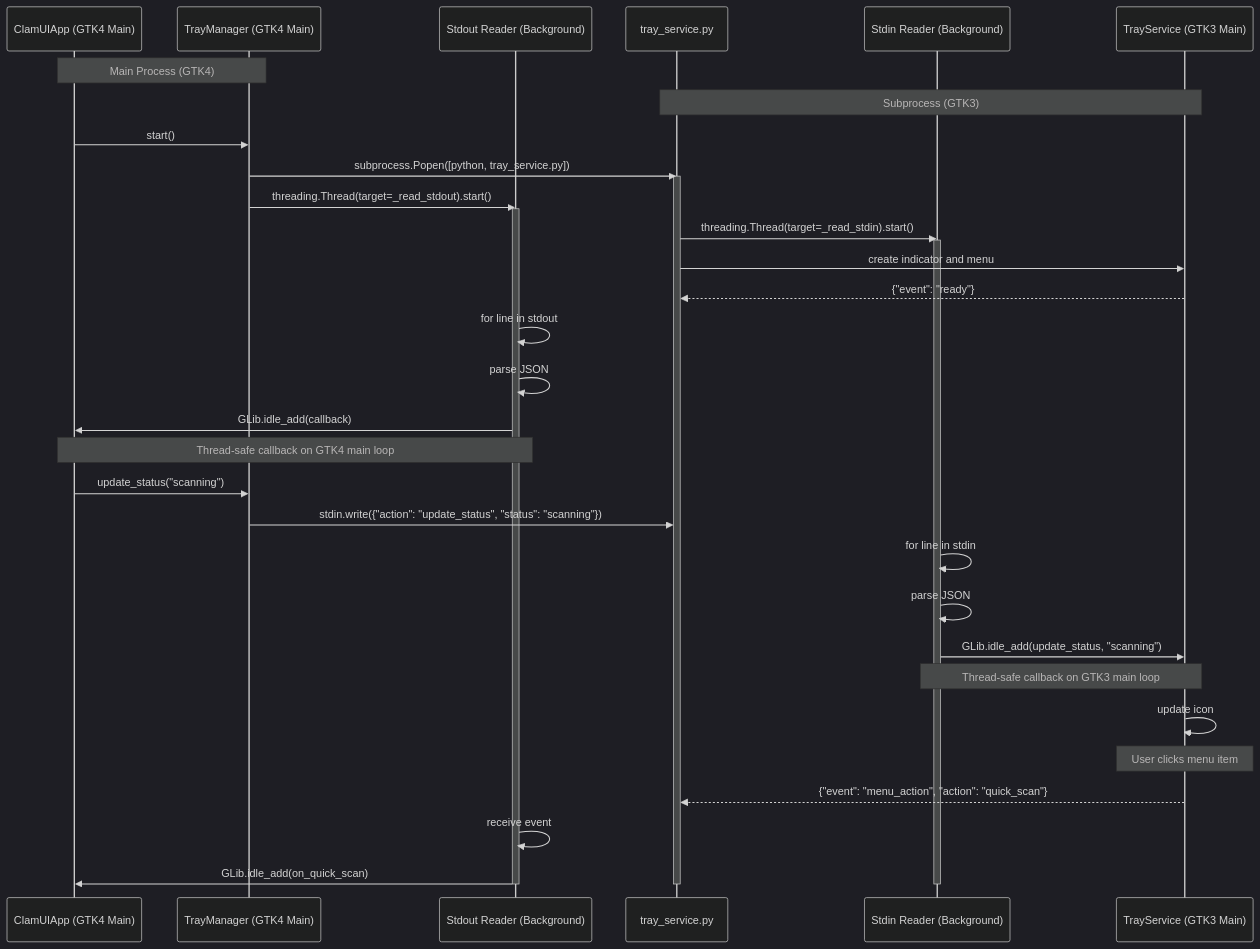
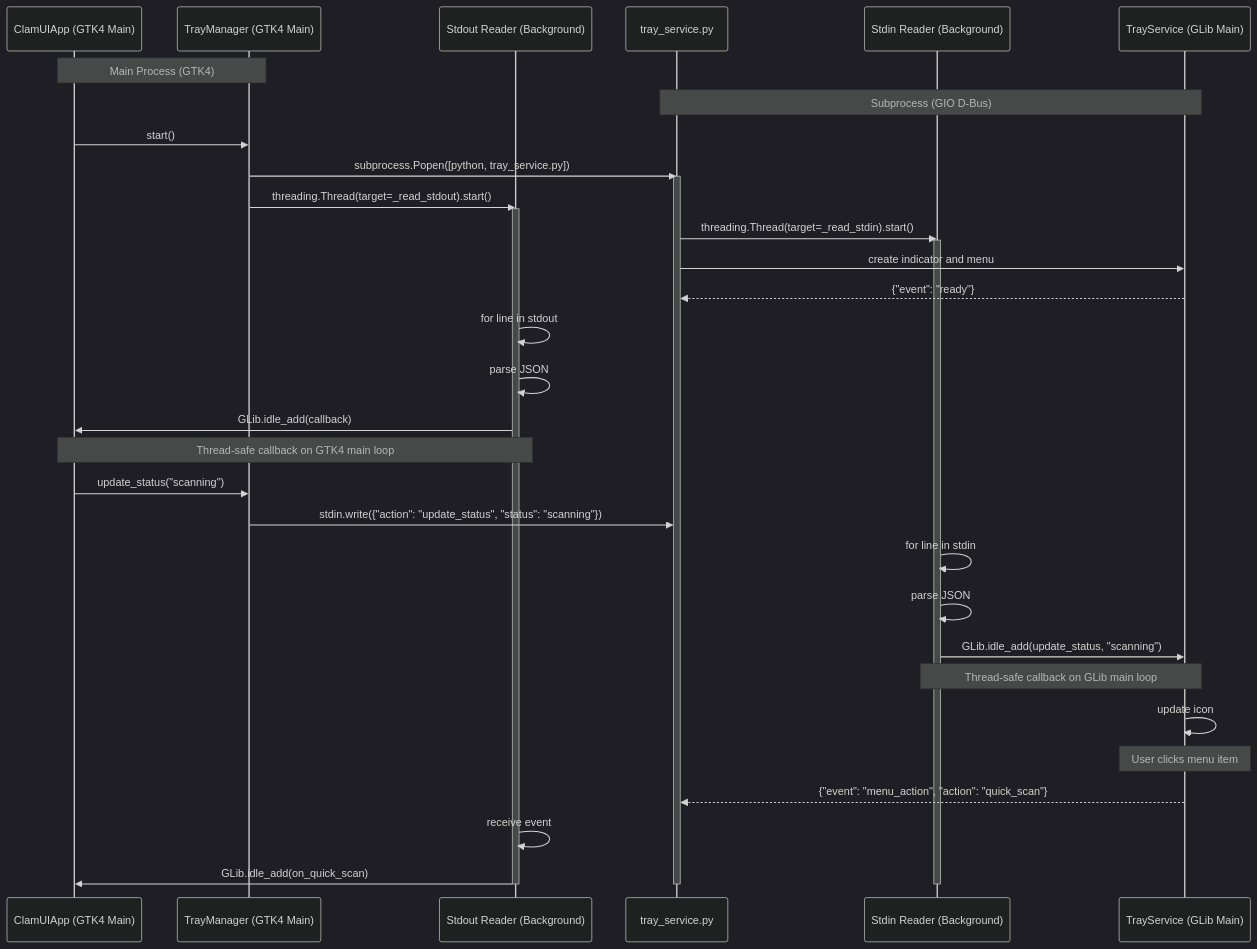
One commit to johnpetersa19/clamui changed the third of 4 diagrams in docs/architecture/tray-subprocess.md. Above: the diagram before and after it, drawn with Mermaid (dark theme). The commit also changed other lines of this file and 3 other files, not shown here.

First line of the commit message:
Update Flatpak build to use libdbusmenu (GLib) for system tray integration

````diff
--- a/docs/architecture/tray-subprocess.md
+++ b/docs/architecture/tray-subprocess.md
@@ -148,48 +155,48 @@
 ```mermaid
 sequenceDiagram
     participant App as ClamUIApp (GTK4 Main)
     participant TrayMgr as TrayManager (GTK4 Main)
     participant StdoutThread as Stdout Reader (Background)
     participant Subprocess as tray_service.py
     participant StdinThread as Stdin Reader (Background)
-    participant TrayService as TrayService (GTK3 Main)
+    participant TrayService as TrayService (GLib Main)
 
     Note over App,TrayMgr: Main Process (GTK4)
-    Note over Subprocess,TrayService: Subprocess (GTK3)
+    Note over Subprocess,TrayService: Subprocess (GIO D-Bus)
 
     App->>TrayMgr: start()
     TrayMgr->>Subprocess: subprocess.Popen([python, tray_service.py])
     activate Subprocess
     TrayMgr->>StdoutThread: threading.Thread(target=_read_stdout).start()
     activate StdoutThread
 
     Subprocess->>StdinThread: threading.Thread(target=_read_stdin).start()
     activate StdinThread
     Subprocess->>TrayService: create indicator and menu
     TrayService-->>Subprocess: {"event": "ready"}
 
     StdoutThread->>StdoutThread: for line in stdout
     StdoutThread->>StdoutThread: parse JSON
     StdoutThread->>App: GLib.idle_add(callback)
     Note over StdoutThread,App: Thread-safe callback on GTK4 main loop
 
     App->>TrayMgr: update_status("scanning")
     TrayMgr->>Subprocess: stdin.write({"action": "update_status", "status": "scanning"})
 
     StdinThread->>StdinThread: for line in stdin
     StdinThread->>StdinThread: parse JSON
     StdinThread->>TrayService: GLib.idle_add(update_status, "scanning")
-    Note over StdinThread,TrayService: Thread-safe callback on GTK3 main loop
+    Note over StdinThread,TrayService: Thread-safe callback on GLib main loop
 
     TrayService->>TrayService: update icon
 
     Note over TrayService: User clicks menu item
     TrayService-->>Subprocess: {"event": "menu_action", "action": "quick_scan"}
 
     StdoutThread->>StdoutThread: receive event
     StdoutThread->>App: GLib.idle_add(on_quick_scan)
 
     deactivate StdinThread
     deactivate StdoutThread
     deactivate Subprocess
 ```
````
